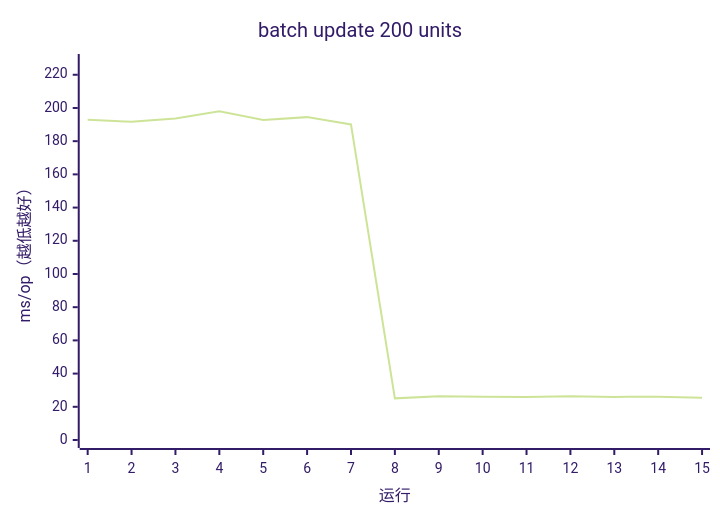
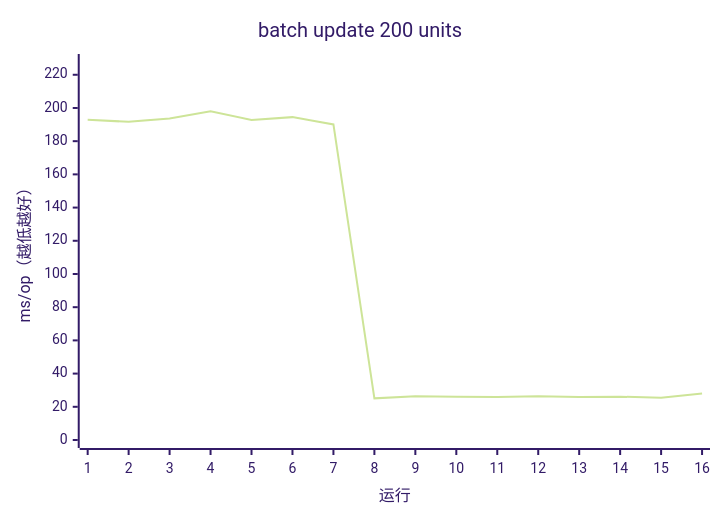
One commit to AIluffy/io changed the eighth of 17 diagrams in apps/docs/src/content/docs/guides/benchmark.mdx. Above: the diagram before and after it, drawn with Mermaid (forest theme). The commit also changed other lines of this file and 25 other files, not shown here.

````diff
--- a/apps/docs/src/content/docs/guides/benchmark.mdx
+++ b/apps/docs/src/content/docs/guides/benchmark.mdx
@@ -299,7 +282,7 @@
 ```mermaid
 xychart-beta
   title "batch update 200 units"
-  x-axis "运行" [1, 2, 3, 4, 5, 6, 7, 8, 9, 10, 11, 12, 13, 14, 15]
+  x-axis "运行" [1, 2, 3, 4, 5, 6, 7, 8, 9, 10, 11, 12, 13, 14, 15, 16]
   y-axis "ms/op（越低越好）" 0 --> 227.6906
-  line [192.8785, 191.6709, 193.7211, 197.9918, 192.8213, 194.4828, 190.106, 25.0751, 26.4239, 26.0522, 25.9361, 26.3187, 25.9458, 26.0771, 25.4667]
+  line [192.8785, 191.6709, 193.7211, 197.9918, 192.8213, 194.4828, 190.106, 25.0751, 26.4239, 26.0522, 25.9361, 26.3187, 25.9458, 26.0771, 25.4667, 28.0652]
 ```
````
